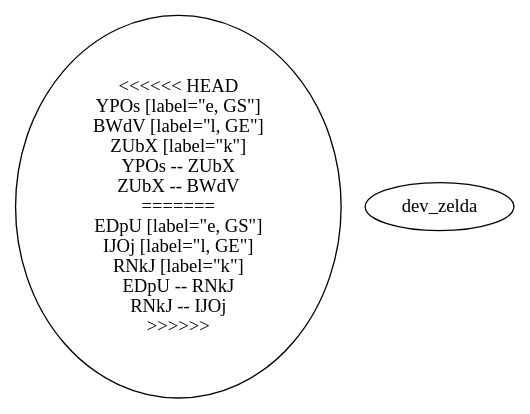
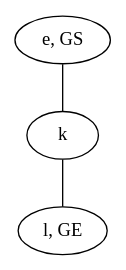
Before and after one commit to schrum2/MM-NEAT: the diagram in data/VGLC/Zelda/rules/1/8_K-L.dot, drawn with Graphviz. The commit also changed 22 other files, not shown here.

```diff
--- a/data/VGLC/Zelda/rules/1/8_K-L.dot
+++ b/data/VGLC/Zelda/rules/1/8_K-L.dot
@@ -1,15 +1,7 @@
 graph {
-<<<<<<< HEAD
-YPOs [label="e, GS"]
-BWdV [label="l, GE"]
-ZUbX [label="k"]
-YPOs -- ZUbX
-ZUbX -- BWdV
-=======
-EDpU [label="e, GS"]
-IJOj [label="l, GE"]
-RNkJ [label="k"]
-EDpU -- RNkJ
-RNkJ -- IJOj
->>>>>>> dev_zelda
+Egrv [label="e, GS"]
+inwL [label="l, GE"]
+QhLZ [label="k"]
+Egrv -- QhLZ
+QhLZ -- inwL
 }
```
